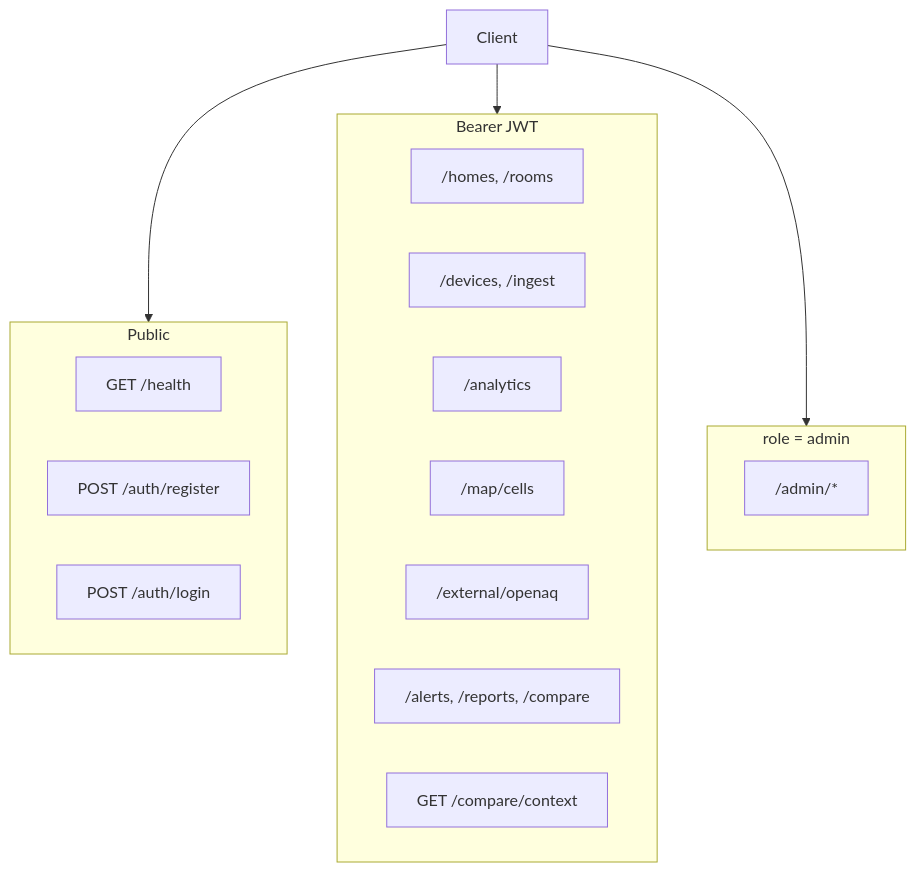
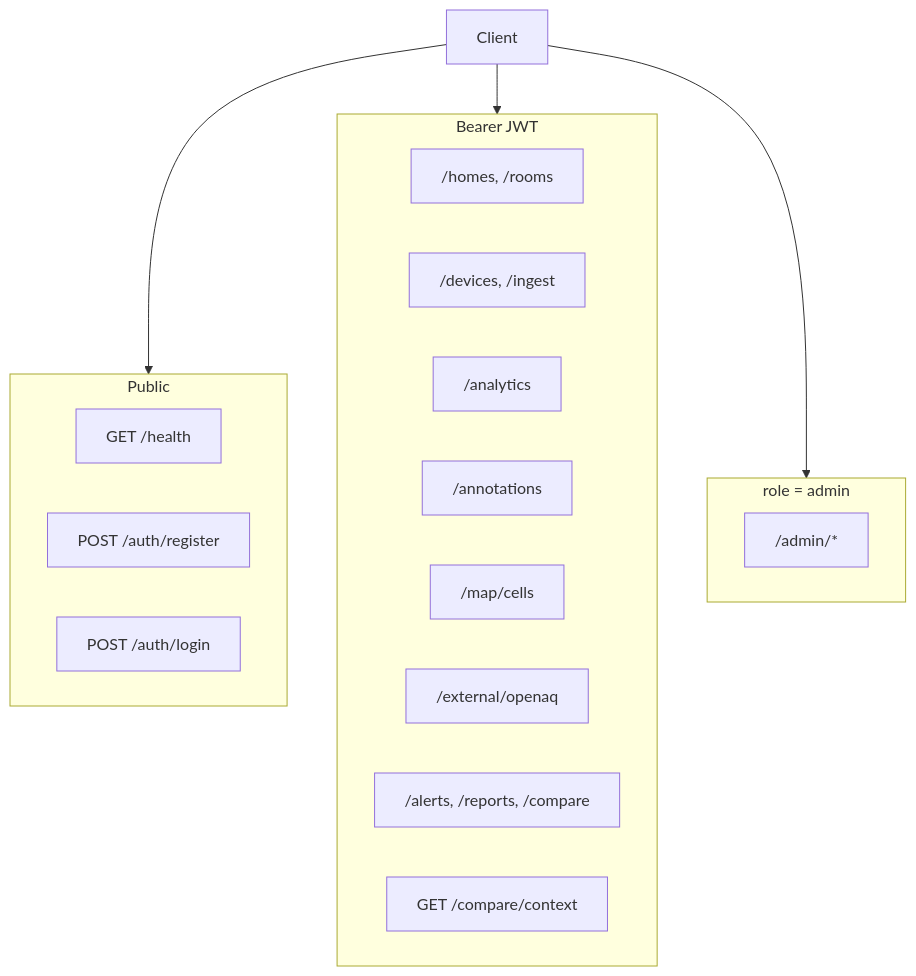
The sixth of 13 diagrams in docs/PIPELINE.md (Hek846/aerospec), drawn with Mermaid before and after one commit. The commit also changed other lines of this file and 5 other files, not shown here.

````diff
--- a/docs/PIPELINE.md
+++ b/docs/PIPELINE.md
@@ -204,23 +204,24 @@
 ```mermaid
 flowchart TB
     subgraph Public
         H["GET /health"]
         R["POST /auth/register"]
         L["POST /auth/login"]
     end
     subgraph User["Bearer JWT"]
         HOM["/homes, /rooms"]
         DEV["/devices, /ingest"]
         ANA["/analytics"]
+        ANN["/annotations"]
         MAP["/map/cells"]
         EXT["/external/openaq"]
         ALT["/alerts, /reports, /compare"]
         CMP["GET /compare/context"]
     end
     subgraph Admin["role = admin"]
         ADM["/admin/*"]
     end
     Client --> Public
     Client --> User
     Client --> Admin
 ```
````
